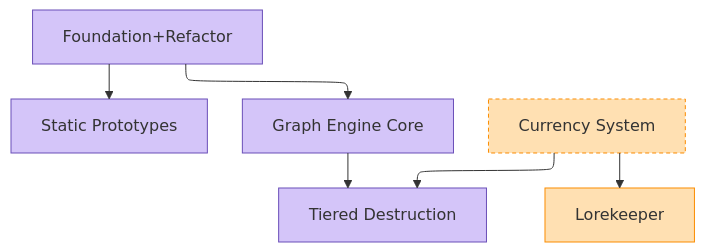
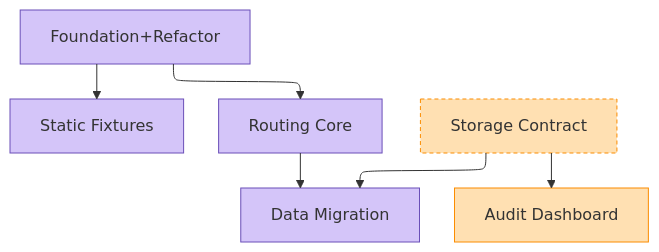
The diagram in template/.claude/skills/_brainstorm_shared/common.md (jmund15/GodotDev_HarnessBaseline), drawn with Mermaid before and after one commit. The commit also changed other lines of this file and 49 other files, not shown here.

````diff
--- a/template/.claude/skills/_brainstorm_shared/common.md
+++ b/template/.claude/skills/_brainstorm_shared/common.md
@@ -291,23 +291,23 @@
 ```mermaid
 ---
 config:
   layout: elk
 ---
 graph TD
     %% Generated from Parts table; do not hand-edit
-    P1[Foundation+Refactor]:::plan --> P2a[Static Prototypes]:::plan
-    P1 --> P2b[Graph Engine Core]:::plan
-    P2b --> P3[Tiered Destruction]:::plan
-    CS[Currency System]:::rework --> P3
-    CS --> LK[Lorekeeper]:::arch
+    P1[Foundation+Refactor]:::plan --> P2a[Static Fixtures]:::plan
+    P1 --> P2b[Routing Core]:::plan
+    P2b --> P3[Data Migration]:::plan
+    SC[Storage Contract]:::rework --> P3
+    SC --> AD[Audit Dashboard]:::arch
     classDef plan fill:#d4c5f9,stroke:#6a4fb8
     classDef arch fill:#ffe0b2,stroke:#fb8c00
     classDef idea fill:#bbdefb,stroke:#1e88e5
     classDef rework fill:#ffe0b2,stroke:#fb8c00,stroke-dasharray: 4 3
     classDef workshop fill:#eceff1,stroke:#90a4ae
     classDef complete fill:#c8e6c9,stroke:#43a047
     classDef abandoned fill:#e0e0e0,stroke:#9e9e9e,stroke-dasharray: 4 3
     classDef user fill:#f8bbd0,stroke:#c2185b
     classDef submap fill:#b2dfdb,stroke:#00796b,stroke-dasharray: 8 4
     classDef external fill:#eceff1,stroke:#90a4ae,stroke-dasharray: 6 4
 ```
````
